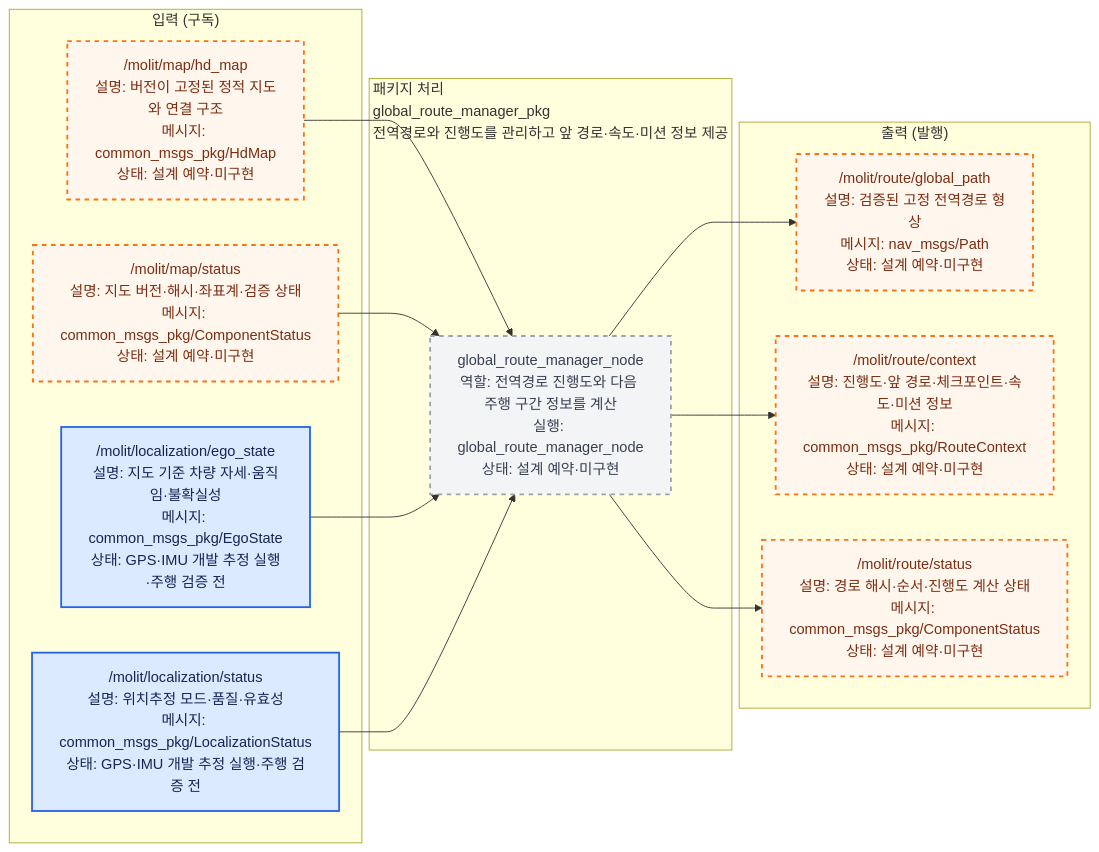
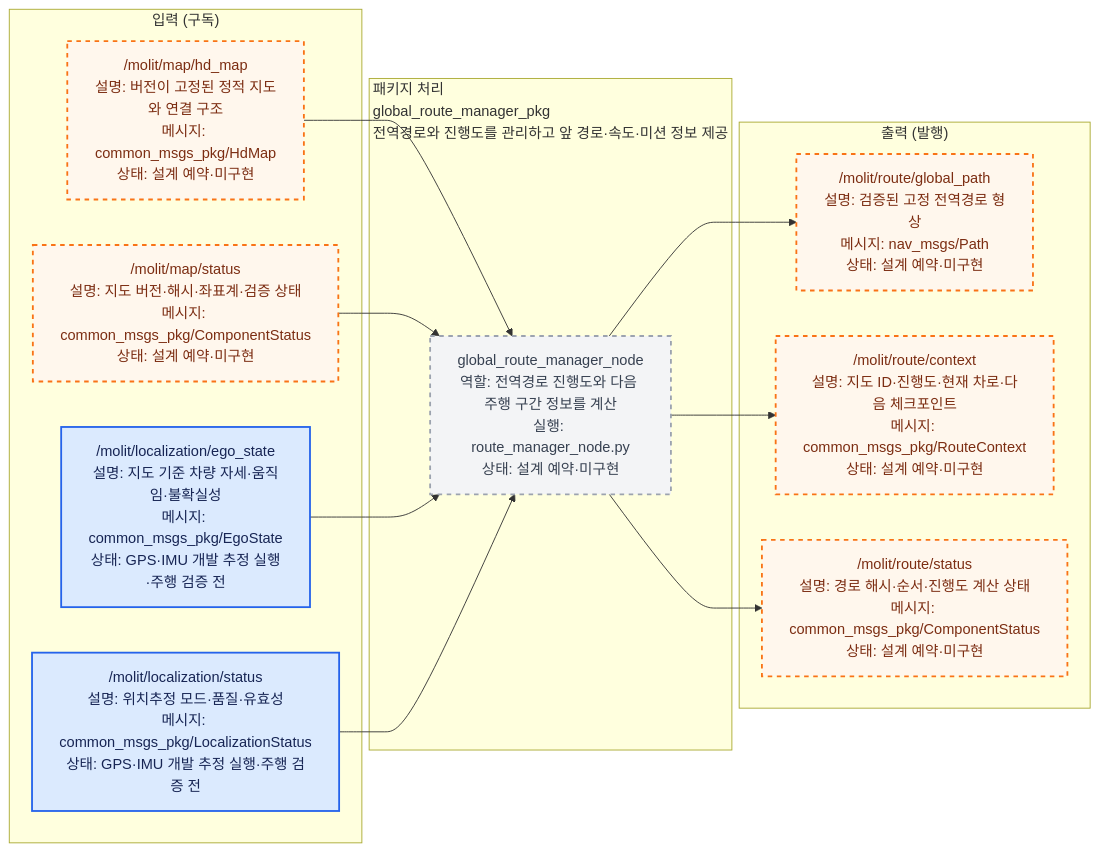
The diagram in src/global_route_manager_pkg/docs/interface_io.mmd (Team-Stier/Morai_Sim_team2), drawn with Mermaid before and after one commit. The commit also changed 228 other files, not shown here.

```diff
--- a/src/global_route_manager_pkg/docs/interface_io.mmd
+++ b/src/global_route_manager_pkg/docs/interface_io.mmd
@@ -1,41 +1,41 @@
 %% AUTO-GENERATED by ros_architecture_pkg/scripts/generate_interface_diagrams.py. DO NOT EDIT.
 %% Source of truth: ros_architecture_pkg/config/interface_contract.yaml
 flowchart LR
     classDef liveNode fill:#dcfce7,color:#14532d,stroke:#16a34a,stroke-width:2px;
     classDef reservedNode fill:#f3f4f6,color:#374151,stroke:#9ca3af,stroke-width:2px,stroke-dasharray: 5 5;
     classDef liveTopic fill:#dbeafe,color:#172554,stroke:#2563eb,stroke-width:2px;
     classDef reservedTopic fill:#fff7ed,color:#7c2d12,stroke:#f97316,stroke-width:2px,stroke-dasharray: 5 5;
     classDef emptyPort fill:#ffffff,color:#6b7280,stroke:#d1d5db,stroke-dasharray: 3 3;
     classDef externalEndpoint fill:#f3e8ff,color:#581c87,stroke:#9333ea,stroke-width:3px;
 
     subgraph INPUTS["입력 (구독)"]
         input_000["/molit/map/hd_map<br/>설명: 버전이 고정된 정적 지도와 연결 구조<br/>메시지: common_msgs_pkg/HdMap<br/>상태: 설계 예약·미구현"]
         input_001["/molit/map/status<br/>설명: 지도 버전·해시·좌표계·검증 상태<br/>메시지: common_msgs_pkg/ComponentStatus<br/>상태: 설계 예약·미구현"]
         input_002["/molit/localization/ego_state<br/>설명: 지도 기준 차량 자세·움직임·불확실성<br/>메시지: common_msgs_pkg/EgoState<br/>상태: GPS·IMU 개발 추정 실행·주행 검증 전"]
         input_003["/molit/localization/status<br/>설명: 위치추정 모드·품질·유효성<br/>메시지: common_msgs_pkg/LocalizationStatus<br/>상태: GPS·IMU 개발 추정 실행·주행 검증 전"]
     end
     subgraph PACKAGE["패키지 처리<br/>global_route_manager_pkg<br/>전역경로와 진행도를 관리하고 앞 경로·속도·미션 정보 제공"]
-        local_node_000["global_route_manager_node<br/>역할: 전역경로 진행도와 다음 주행 구간 정보를 계산<br/>실행: global_route_manager_node<br/>상태: 설계 예약·미구현"]
+        local_node_000["global_route_manager_node<br/>역할: 전역경로 진행도와 다음 주행 구간 정보를 계산<br/>실행: route_manager_node.py<br/>상태: 설계 예약·미구현"]
     end
     subgraph OUTPUTS["출력 (발행)"]
         output_000["/molit/route/global_path<br/>설명: 검증된 고정 전역경로 형상<br/>메시지: nav_msgs/Path<br/>상태: 설계 예약·미구현"]
-        output_001["/molit/route/context<br/>설명: 진행도·앞 경로·체크포인트·속도·미션 정보<br/>메시지: common_msgs_pkg/RouteContext<br/>상태: 설계 예약·미구현"]
+        output_001["/molit/route/context<br/>설명: 지도 ID·진행도·현재 차로·다음 체크포인트<br/>메시지: common_msgs_pkg/RouteContext<br/>상태: 설계 예약·미구현"]
         output_002["/molit/route/status<br/>설명: 경로 해시·순서·진행도 계산 상태<br/>메시지: common_msgs_pkg/ComponentStatus<br/>상태: 설계 예약·미구현"]
     end
 
     input_000 --> local_node_000
     input_001 --> local_node_000
     input_002 --> local_node_000
     input_003 --> local_node_000
     local_node_000 --> output_000
     local_node_000 --> output_001
     local_node_000 --> output_002
 
     class local_node_000 reservedNode;
     class input_000 reservedTopic;
     class input_001 reservedTopic;
     class input_002 liveTopic;
     class input_003 liveTopic;
     class output_000 reservedTopic;
     class output_001 reservedTopic;
     class output_002 reservedTopic;
```
